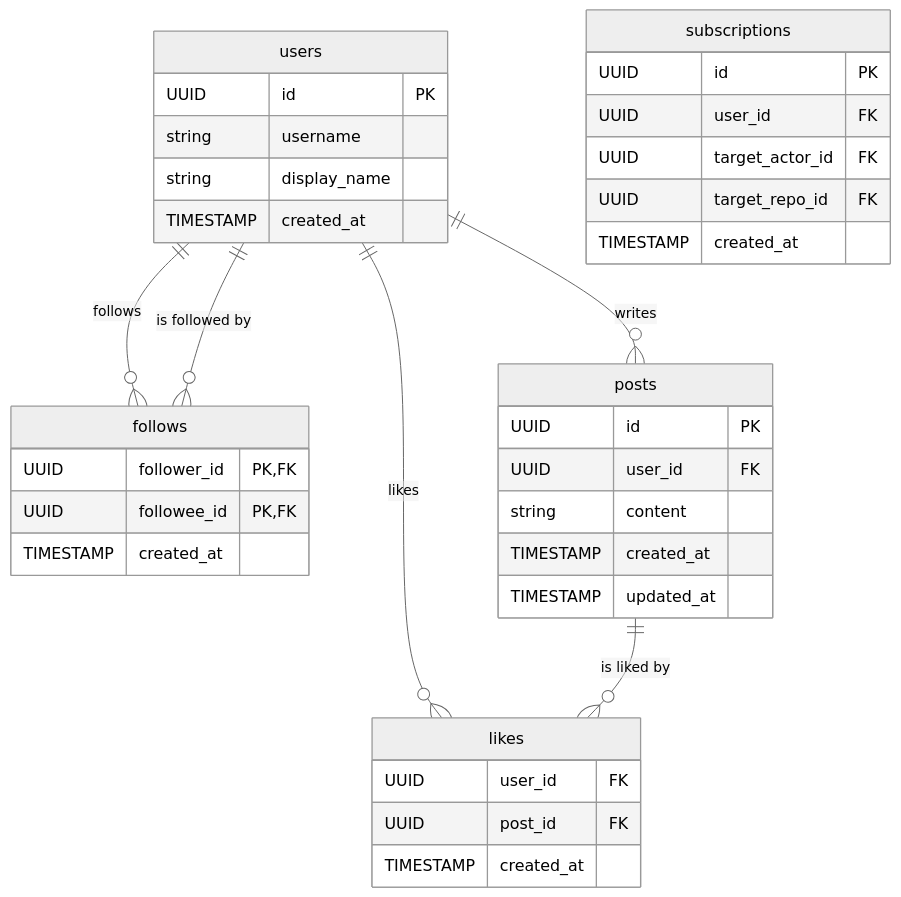
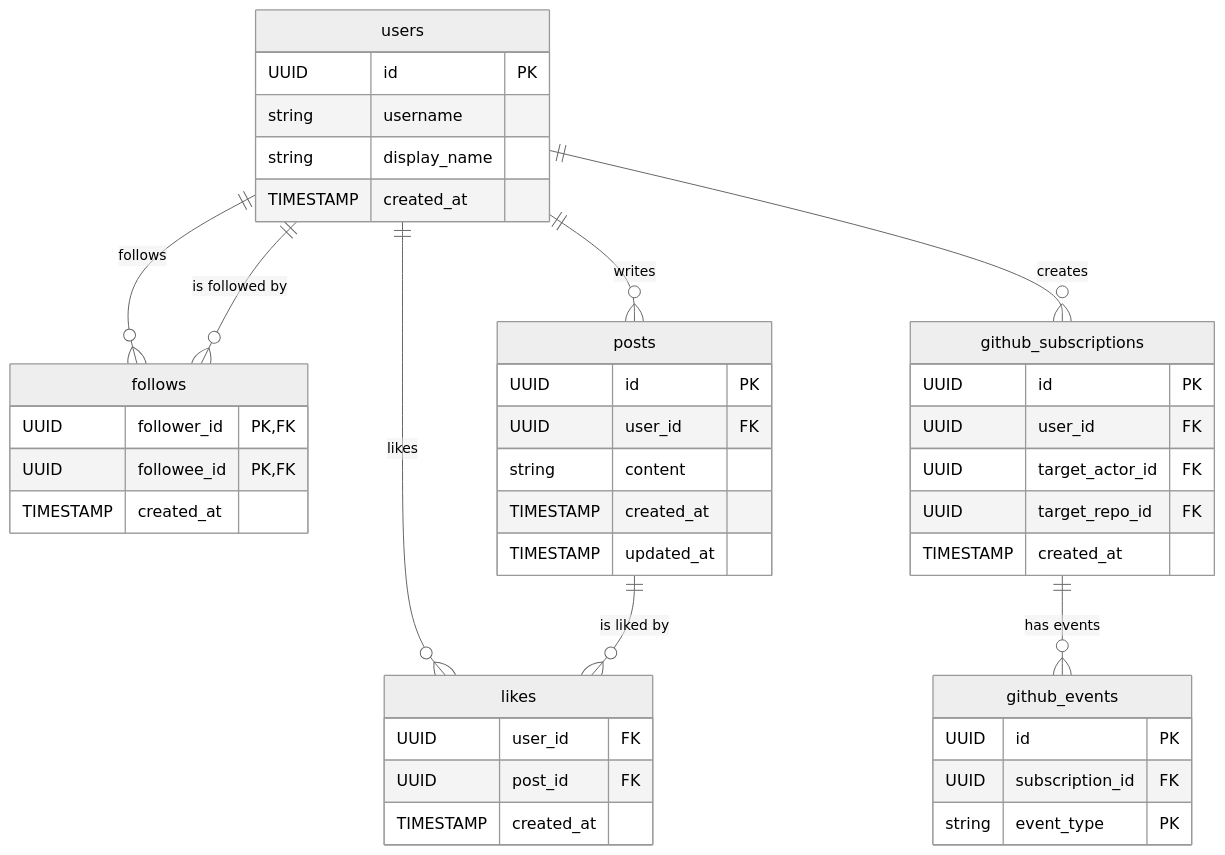
The diagram in README.md (tsukuneA1/git_feed), drawn with Mermaid (neutral theme) before and after one commit. The commit also changed other lines of this file, not shown here.

````diff
--- a/README.md
+++ b/README.md
@@ -9,43 +10,51 @@
 ```mermaid
 erDiagram
   users {
     UUID id PK
     string username
     string display_name
     TIMESTAMP created_at
   }
 
   follows {
     UUID follower_id PK,FK
     UUID followee_id PK,FK
     TIMESTAMP created_at
   }
 
   posts {
     UUID id PK
     UUID user_id FK
     string content
     TIMESTAMP created_at
     TIMESTAMP updated_at
   }
 
   likes {
     UUID user_id FK
     UUID post_id FK
     TIMESTAMP created_at
   }
 
-  subscriptions {
+  github_subscriptions {
     UUID id PK
     UUID user_id FK
     UUID target_actor_id FK
     UUID target_repo_id FK
     TIMESTAMP created_at 
   }
 
+  github_events {
+    UUID id PK
+    UUID subscription_id FK
+    string event_type PK
+  }
+
   users ||--o{ posts : "writes"
   users ||--o{ likes : "likes"
   posts ||--o{ likes : "is liked by"
   users ||--o{ follows : "follows"
   users ||--o{ follows : "is followed by"
+  users ||--o{ github_subscriptions: "creates"
+  github_subscriptions ||--o{ github_events : "has events"
 ```
````
